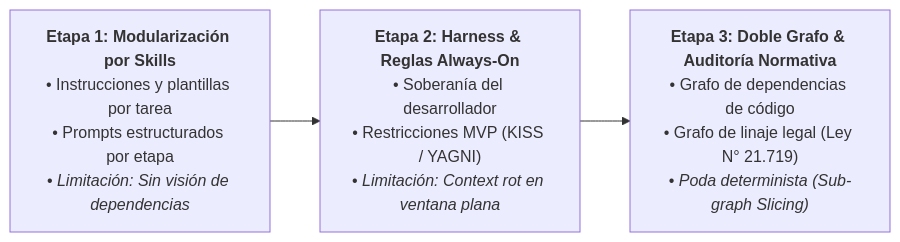
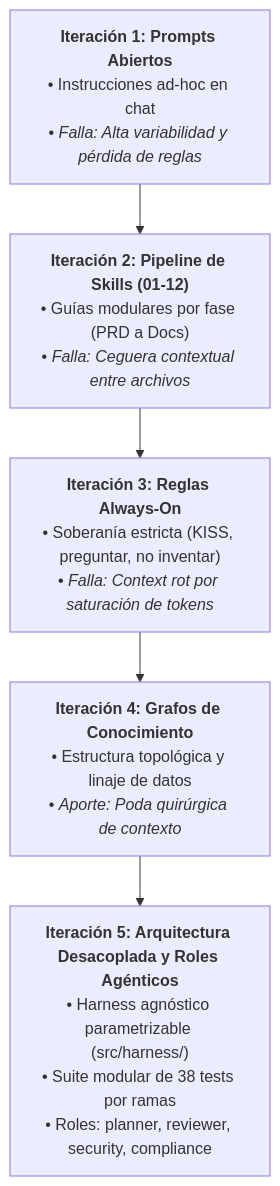
One commit to Cliptap/compliance-graph-harness changed the first of 3 diagrams in docs/informe_hito0_oficial.md. Above: the diagram before and after it, drawn with Mermaid. The commit also changed other lines of this file and 96 other files, not shown here.

````diff
--- a/docs/informe_hito0_oficial.md
+++ b/docs/informe_hito0_oficial.md
@@ -163,5 +51,7 @@
 ```mermaid
-flowchart LR
-    A["<b>Etapa 1: Modularización por Skills</b><br>• Instrucciones y plantillas por tarea<br>• Prompts estructurados por etapa<br>• <i>Limitación: Sin visión de dependencias</i>"] --> B["<b>Etapa 2: Harness & Reglas Always-On</b><br>• Soberanía del desarrollador<br>• Restricciones MVP (KISS / YAGNI)<br>• <i>Limitación: Context rot en ventana plana</i>"]
-    B --> C["<b>Etapa 3: Doble Grafo & Auditoría Normativa</b><br>• Grafo de dependencias de código<br>• Grafo de linaje legal (Ley N° 21.719)<br>• <i>Poda determinista (Sub-graph Slicing)</i>"]
+flowchart TD
+    I1["<b>Iteración 1: Prompts Abiertos</b><br>• Instrucciones ad-hoc en chat<br>• <i>Falla: Alta variabilidad y pérdida de reglas</i>"] --> I2["<b>Iteración 2: Pipeline de Skills (01-12)</b><br>• Guías modulares por fase (PRD a Docs)<br>• <i>Falla: Ceguera contextual entre archivos</i>"]
+    I2 --> I3["<b>Iteración 3: Reglas Always-On</b><br>• Soberanía estricta (KISS, preguntar, no inventar)<br>• <i>Falla: Context rot por saturación de tokens</i>"]
+    I3 --> I4["<b>Iteración 4: Grafos de Conocimiento</b><br>• Estructura topológica y linaje de datos<br>• <i>Aporte: Poda quirúrgica de contexto</i>"]
+    I4 --> I5["<b>Iteración 5: Arquitectura Desacoplada y Roles Agénticos</b><br>• Harness agnóstico parametrizable (src/harness/)<br>• Suite modular de 38 tests por ramas<br>• Roles: planner, reviewer, security, compliance"]
 ```
````
